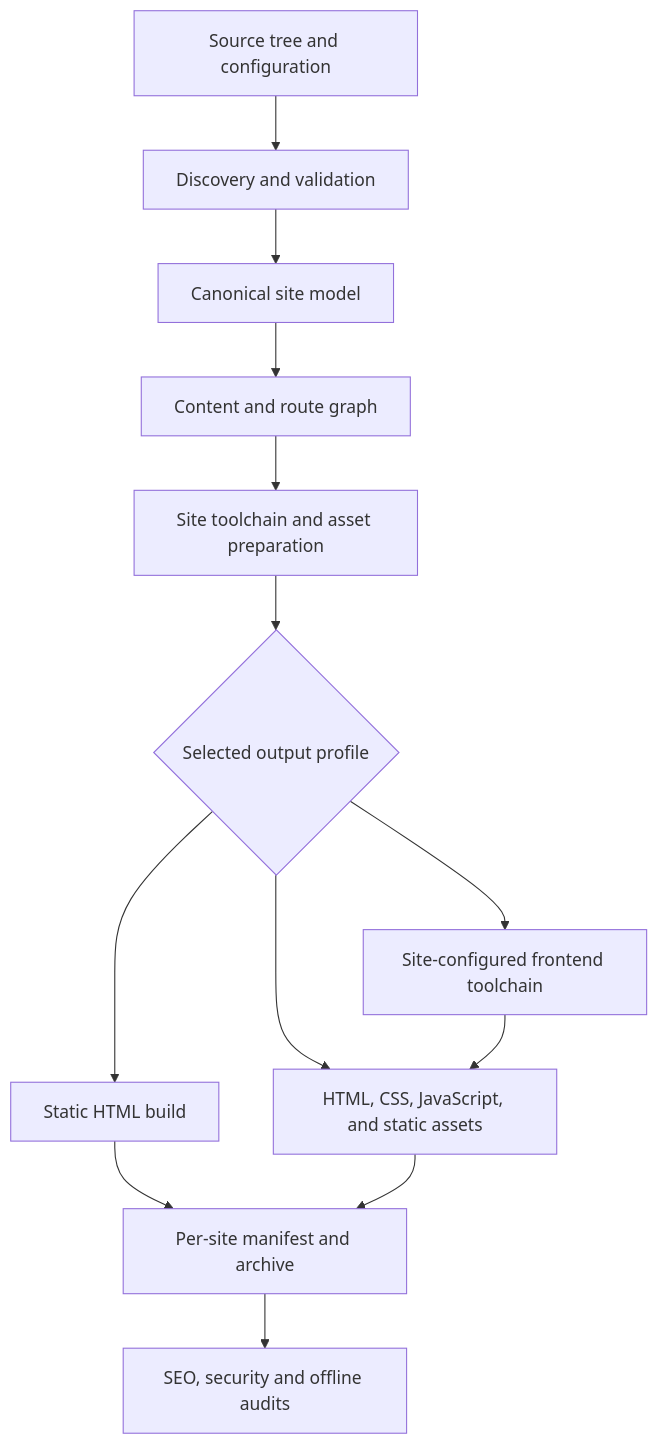
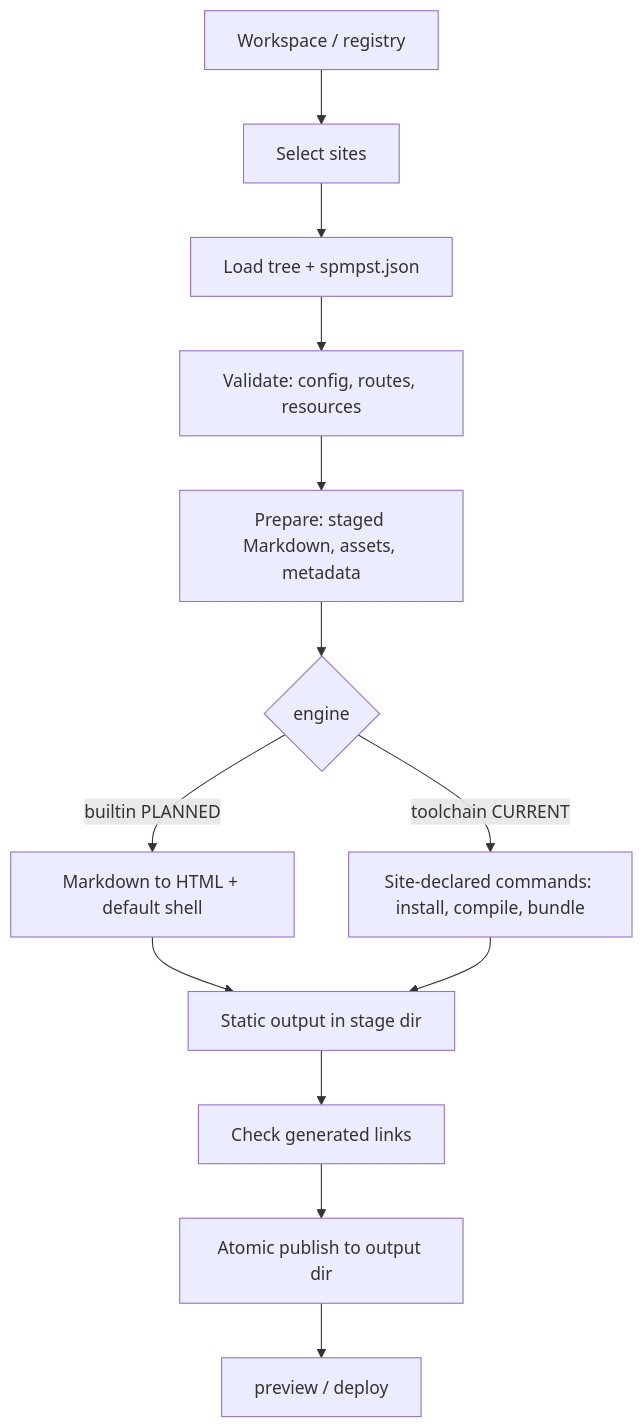
The first of 2 diagrams in docs/SSG.md (emyassine/base-feluka), drawn with Mermaid before and after one commit. The commit also changed other lines of this file and 1 other file, not shown here.

````diff
--- a/docs/SSG.md
+++ b/docs/SSG.md
@@ -166,15 +343,15 @@
 ```mermaid
 flowchart TD
-    A[Source tree and configuration] --> B[Discovery and validation]
-    B --> C[Canonical site model]
-    C --> D[Content and route graph]
-    D --> E[Site toolchain and asset preparation]
-    E --> F{Selected output profile}
-    F --> G[Static HTML build]
-    F --> H[Site-configured frontend toolchain]
-    F --> I[HTML, CSS, JavaScript, and static assets]
-    G --> J[Per-site manifest and archive]
+    A[Workspace / registry] --> B[Select sites]
+    B --> C[Load tree + spmpst.json]
+    C --> D[Validate: config, routes, resources]
+    D --> E[Prepare: staged Markdown, assets, metadata]
+    E --> F{engine}
+    F -->|builtin PLANNED| G[Markdown to HTML + default shell]
+    F -->|toolchain CURRENT| H[Site-declared commands: install, compile, bundle]
+    G --> I[Static output in stage dir]
     H --> I
-    I --> J
-    J --> K[SEO, security and offline audits]
+    I --> J[Check generated links]
+    J --> K[Atomic publish to output dir]
+    K --> L[preview / deploy]
 ```
````
